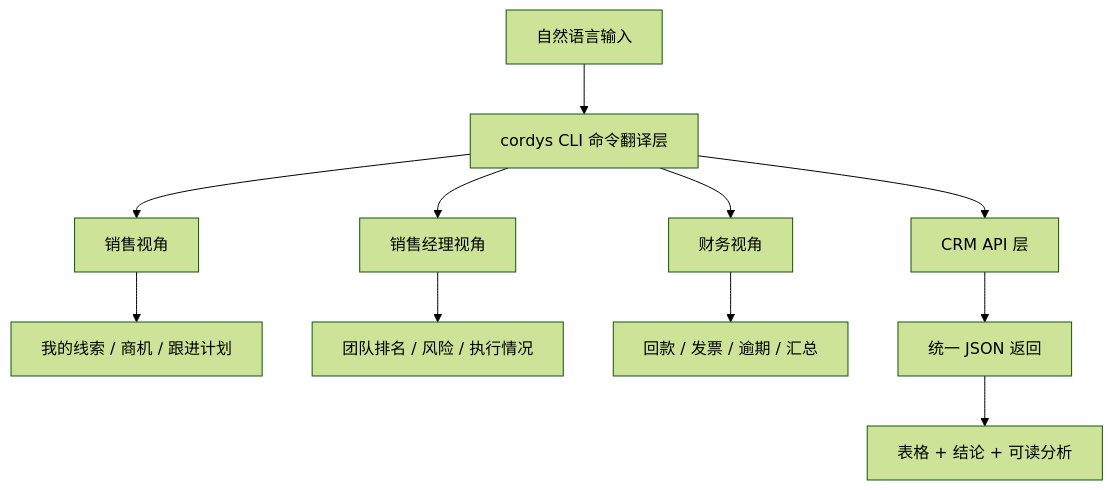
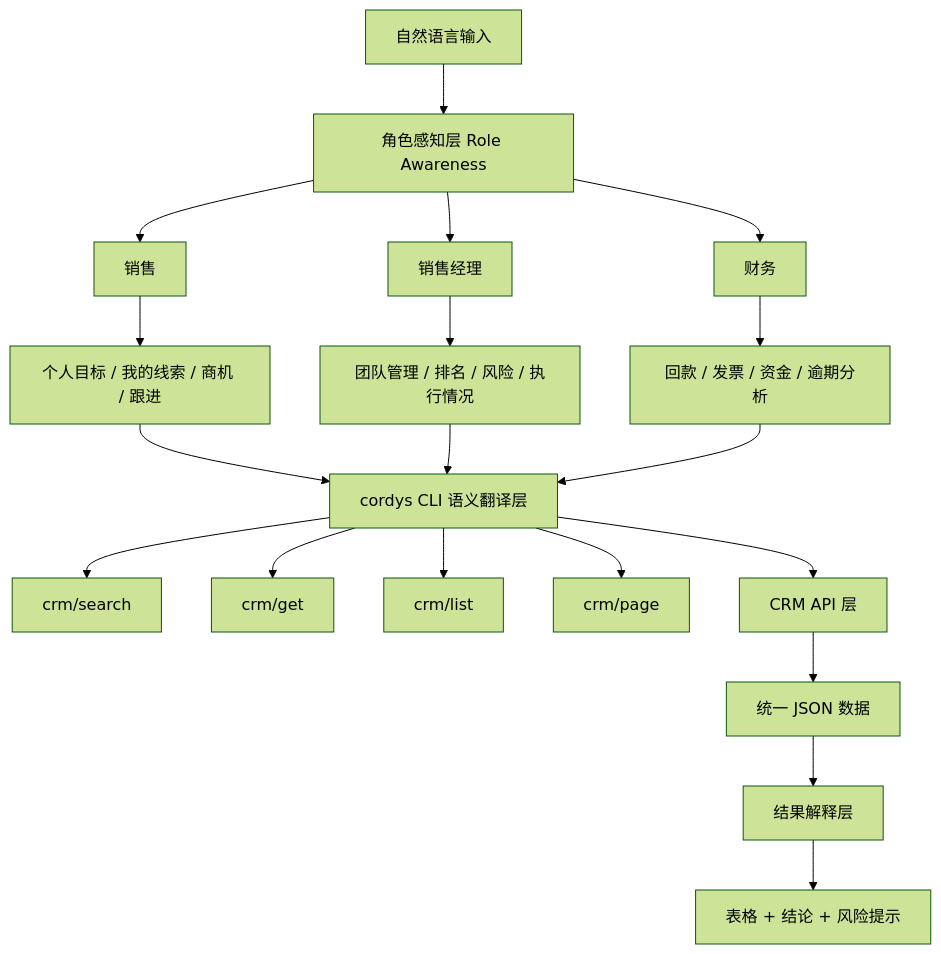
One commit to 1Panel-dev/CordysCRM-skills changed the diagram in README.md. Above: the diagram before and after it, drawn with Mermaid (forest theme).

Commit message:
docs: enhance flowchart in README for role awareness clarity

````diff
--- a/README.md
+++ b/README.md
@@ -40,17 +40,29 @@
 ```mermaid id="m3c9aa"
 flowchart TD
-    A[自然语言输入] --> B[cordys CLI 命令翻译层]
 
-    B --> B1[销售视角]
-    B --> B2[销售经理视角]
-    B --> B3[财务视角]
+    A[自然语言输入] --> B[角色感知层 Role Awareness]
 
-    B1 --> C1[我的线索 / 商机 / 跟进计划]
-    B2 --> C2[团队排名 / 风险 / 执行情况]
-    B3 --> C3[回款 / 发票 / 逾期 / 汇总]
+    B --> B1[销售]
+    B --> B2[销售经理]
+    B --> B3[财务]
 
-    B --> C[CRM API 层]
+    B1 --> C1[个人目标 / 我的线索 / 商机 / 跟进]
+    B2 --> C2[团队管理 / 排名 / 风险 / 执行情况]
+    B3 --> C3[回款 / 发票 / 资金 / 逾期分析]
 
-    C --> D[统一 JSON 返回]
-    D --> E[表格 + 结论 + 可读分析]
+    C1 --> D[cordys CLI 语义翻译层]
+    C2 --> D
+    C3 --> D
+
+    D --> D1[crm/search]
+    D --> D2[crm/get]
+    D --> D3[crm/list]
+    D --> D4[crm/page]
+
+    D --> E[CRM API 层]
+
+    E --> F[统一 JSON 数据]
+
+    F --> G[结果解释层]
+    G --> H[表格 + 结论 + 风险提示]
 ```
````
